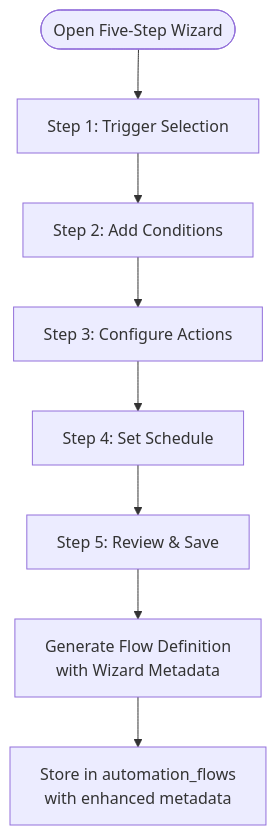
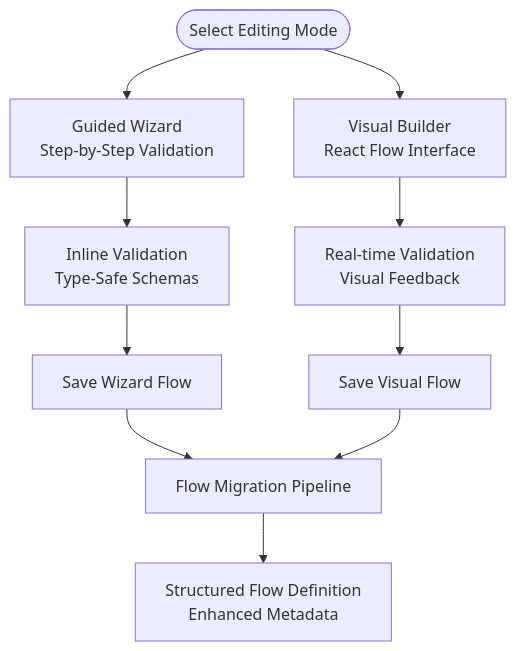
Before and after one commit to gastaldellomarco/pcReady: the third of 7 diagrams in .qoder/repowiki/en/content/Automation System/Automation System.md, drawn with Mermaid. The commit also changed other lines of this file and 4 other files, not shown here.

First line of the commit message:
feat(audit): revamp audit logging system with dual views, real-time KPIs, and export features

````diff
--- a/.qoder/repowiki/en/content/Automation System/Automation System.md
+++ b/.qoder/repowiki/en/content/Automation System/Automation System.md
@@ -196,10 +222,12 @@
 ```mermaid
 flowchart TD
-Start(["Open Five-Step Wizard"]) --> Step1["Step 1: Trigger Selection"]
-Step1 --> Step2["Step 2: Add Conditions"]
-Step2 --> Step3["Step 3: Configure Actions"]
-Step3 --> Step4["Step 4: Set Schedule"]
-Step4 --> Step5["Step 5: Review & Save"]
-Step5 --> Generate["Generate Flow Definition<br/>with Wizard Metadata"]
-Generate --> Store["Store in automation_flows<br/>with enhanced metadata"]
+Start(["Select Editing Mode"]) --> Wizard["Guided Wizard<br/>Step-by-Step Validation"]
+Start --> Builder["Visual Builder<br/>React Flow Interface"]
+Wizard --> ValidateWizard["Inline Validation<br/>Type-Safe Schemas"]
+Builder --> ValidateBuilder["Real-time Validation<br/>Visual Feedback"]
+ValidateWizard --> SaveWizard["Save Wizard Flow"]
+ValidateBuilder --> SaveBuilder["Save Visual Flow"]
+SaveWizard --> Migrate["Flow Migration Pipeline"]
+SaveBuilder --> Migrate
+Migrate --> Final["Structured Flow Definition<br/>Enhanced Metadata"]
 ```
````
